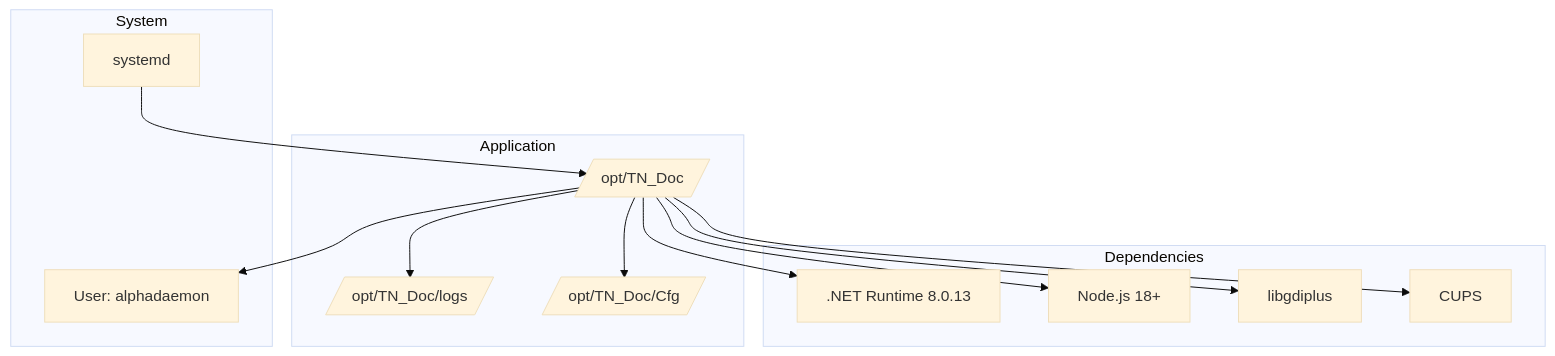
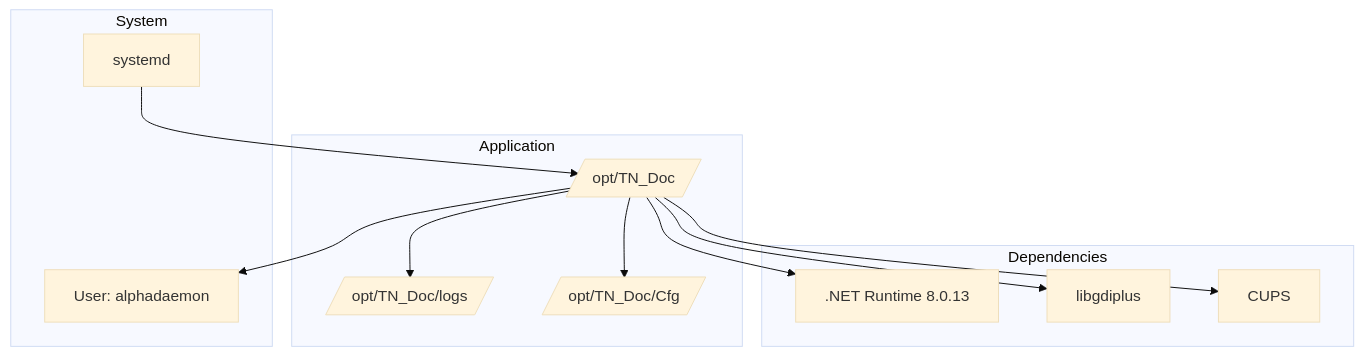
One commit to tn-ivk/tn-doc changed the first of 2 diagrams in docs/deployment/linux.md. Above: the diagram before and after it, drawn with Mermaid (base theme). The commit also changed other lines of this file and 18 other files, not shown here.

````diff
--- a/docs/deployment/linux.md
+++ b/docs/deployment/linux.md
@@ -17,29 +15,27 @@
 ```mermaid
 graph TB
     subgraph "System"
         Systemd[systemd]
         User[User: alphadaemon]
     end
 
     subgraph "Application"
         App[/opt/TN_Doc/]
         Logs[/opt/TN_Doc/logs/]
         Config[/opt/TN_Doc/Cfg/]
     end
 
     subgraph "Dependencies"
         Runtime[.NET Runtime 8.0.13]
-        Node[Node.js 18+]
         libgdiplus[libgdiplus]
         CUPS[CUPS]
     end
 
     Systemd --> App
     App --> User
     App --> Logs
     App --> Config
     App --> Runtime
-    App --> Node
     App --> libgdiplus
     App --> CUPS
 ```
````
